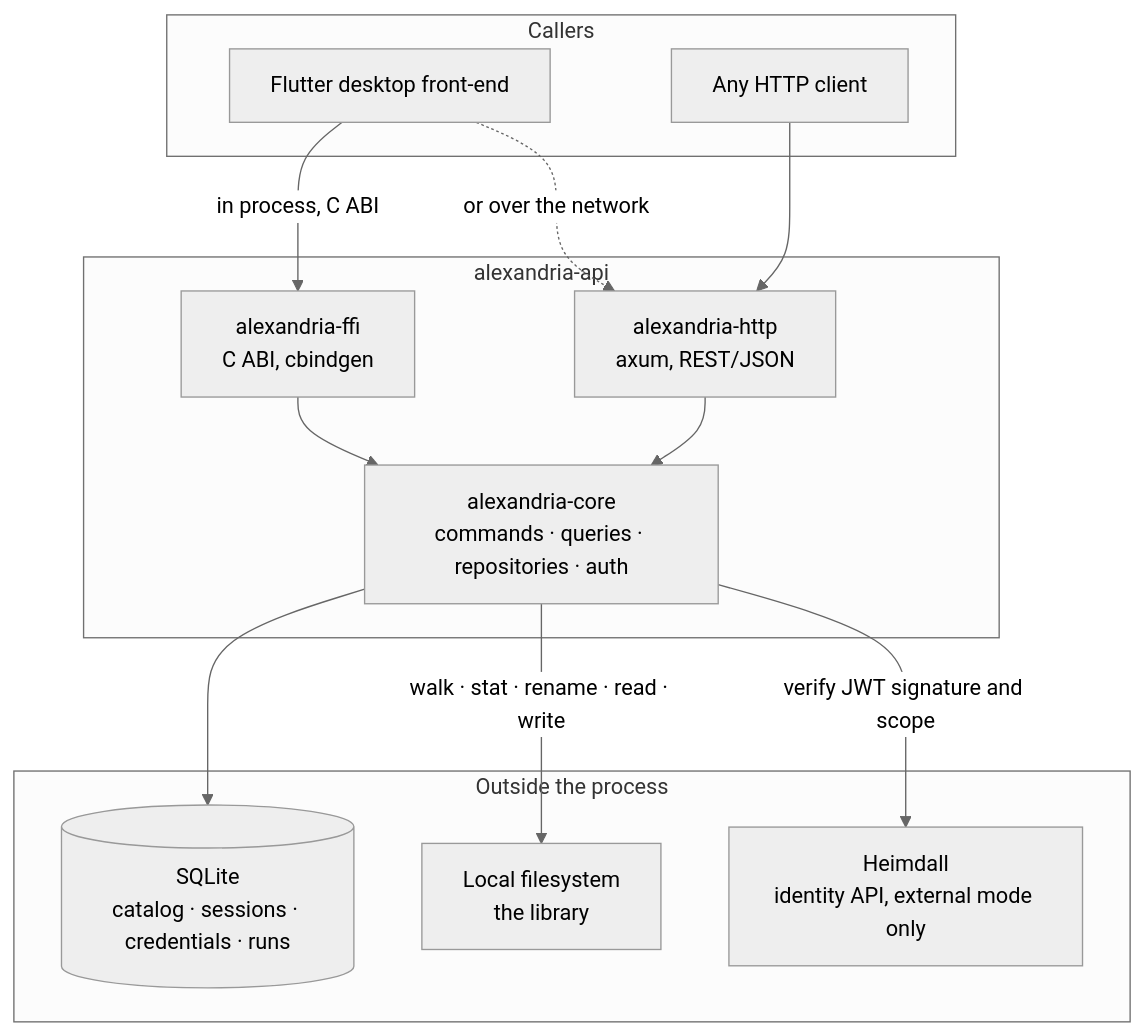
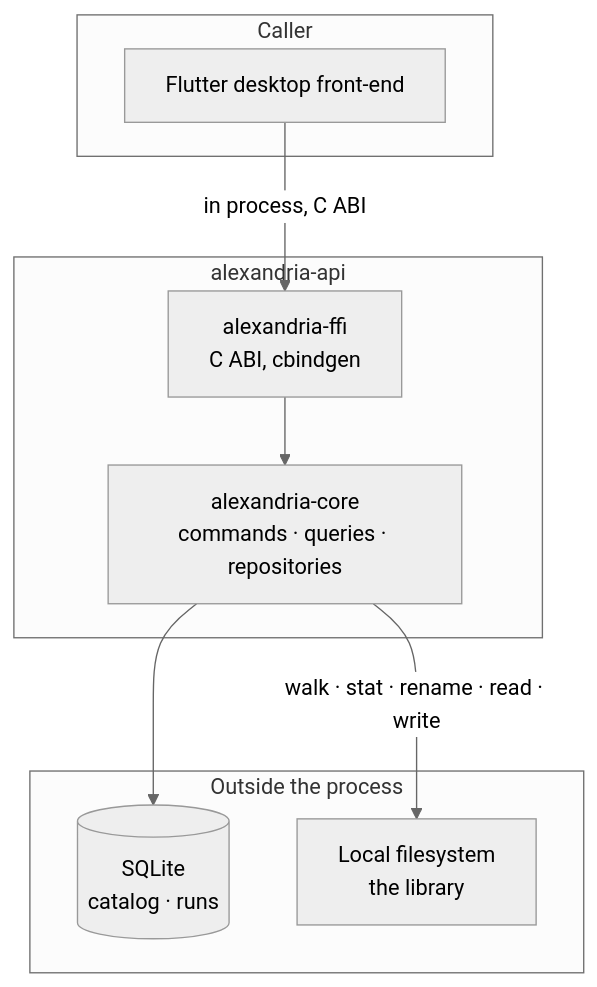
The first of 10 diagrams in docs/System Behavior Document.md (artur-rios/alexandria-api), drawn with Mermaid (neutral theme) before and after one commit. The commit also changed other lines of this file and 15 other files, not shown here.

````diff
--- a/docs/System Behavior Document.md
+++ b/docs/System Behavior Document.md
@@ -42,28 +42,21 @@
 ```mermaid
 graph TD
-    subgraph clients["Callers"]
+    subgraph clients["Caller"]
         FL["Flutter desktop front-end"]
-        OT["Any HTTP client"]
     end
 
     subgraph api["alexandria-api"]
-        HTTP["alexandria-http<br/>axum, REST/JSON"]
         FFI["alexandria-ffi<br/>C ABI, cbindgen"]
-        CORE["alexandria-core<br/>commands · queries · repositories · auth"]
+        CORE["alexandria-core<br/>commands · queries · repositories"]
     end
 
     subgraph infra["Outside the process"]
-        DB[("SQLite<br/>catalog · sessions · credentials · runs")]
+        DB[("SQLite<br/>catalog · runs")]
         FS["Local filesystem<br/>the library"]
-        HD["Heimdall<br/>identity API, external mode only"]
     end
 
     FL -->|"in process, C ABI"| FFI
-    FL -.->|"or over the network"| HTTP
-    OT --> HTTP
-    HTTP --> CORE
     FFI --> CORE
     CORE --> DB
     CORE -->|"walk · stat · rename · read · write"| FS
-    CORE -->|"verify JWT signature and scope"| HD
 ```
````
